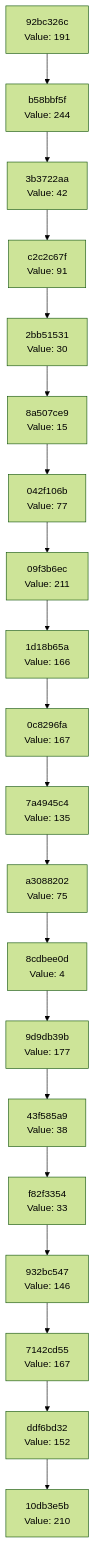
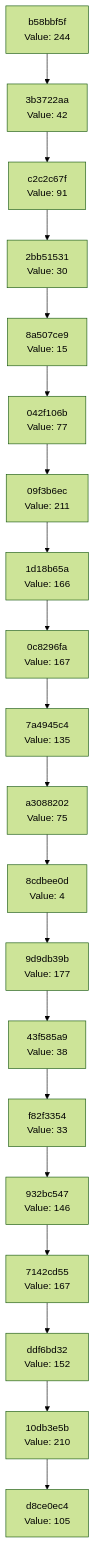
Before and after one commit to Abhisheksinha1506/hash-chain-evolver: the diagram in docs/CHAIN_VISUALIZATION.md, drawn with Mermaid (forest theme). The commit also changed 3 other files, not shown here.

````diff
--- a/docs/CHAIN_VISUALIZATION.md
+++ b/docs/CHAIN_VISUALIZATION.md
@@ -3,42 +3,42 @@
 ```mermaid
 graph TD
-    C0["10db3e5b<br/>Value: 210"]
-    C1["ddf6bd32<br/>Value: 152"]
+    C0["d8ce0ec4<br/>Value: 105"]
+    C1["10db3e5b<br/>Value: 210"]
     C1 --> C0
-    C2["7142cd55<br/>Value: 167"]
+    C2["ddf6bd32<br/>Value: 152"]
     C2 --> C1
-    C3["932bc547<br/>Value: 146"]
+    C3["7142cd55<br/>Value: 167"]
     C3 --> C2
-    C4["f82f3354<br/>Value: 33"]
+    C4["932bc547<br/>Value: 146"]
     C4 --> C3
-    C5["43f585a9<br/>Value: 38"]
+    C5["f82f3354<br/>Value: 33"]
     C5 --> C4
-    C6["9d9db39b<br/>Value: 177"]
+    C6["43f585a9<br/>Value: 38"]
     C6 --> C5
-    C7["8cdbee0d<br/>Value: 4"]
+    C7["9d9db39b<br/>Value: 177"]
     C7 --> C6
-    C8["a3088202<br/>Value: 75"]
+    C8["8cdbee0d<br/>Value: 4"]
     C8 --> C7
-    C9["7a4945c4<br/>Value: 135"]
+    C9["a3088202<br/>Value: 75"]
     C9 --> C8
-    C10["0c8296fa<br/>Value: 167"]
+    C10["7a4945c4<br/>Value: 135"]
     C10 --> C9
-    C11["1d18b65a<br/>Value: 166"]
+    C11["0c8296fa<br/>Value: 167"]
     C11 --> C10
-    C12["09f3b6ec<br/>Value: 211"]
+    C12["1d18b65a<br/>Value: 166"]
     C12 --> C11
-    C13["042f106b<br/>Value: 77"]
+    C13["09f3b6ec<br/>Value: 211"]
     C13 --> C12
-    C14["8a507ce9<br/>Value: 15"]
+    C14["042f106b<br/>Value: 77"]
     C14 --> C13
-    C15["2bb51531<br/>Value: 30"]
+    C15["8a507ce9<br/>Value: 15"]
     C15 --> C14
-    C16["c2c2c67f<br/>Value: 91"]
+    C16["2bb51531<br/>Value: 30"]
     C16 --> C15
-    C17["3b3722aa<br/>Value: 42"]
+    C17["c2c2c67f<br/>Value: 91"]
     C17 --> C16
-    C18["b58bbf5f<br/>Value: 244"]
+    C18["3b3722aa<br/>Value: 42"]
     C18 --> C17
-    C19["92bc326c<br/>Value: 191"]
+    C19["b58bbf5f<br/>Value: 244"]
     C19 --> C18
 ```
````
